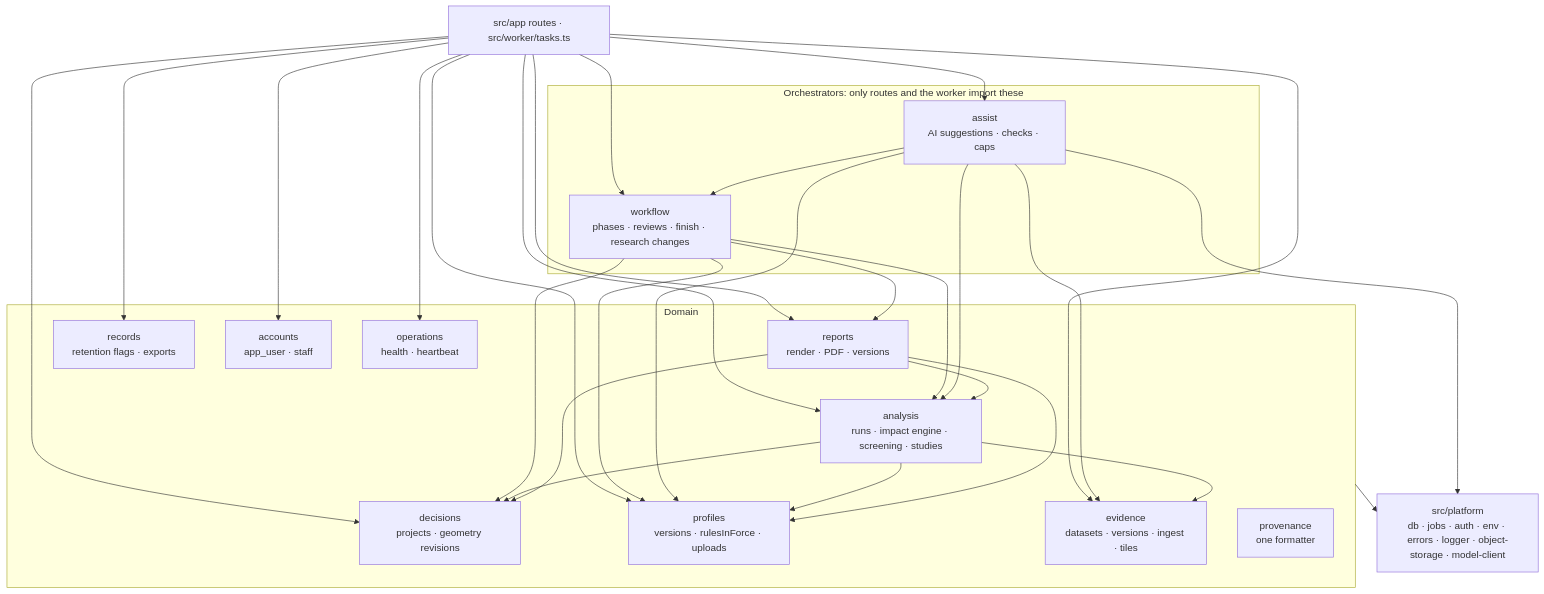
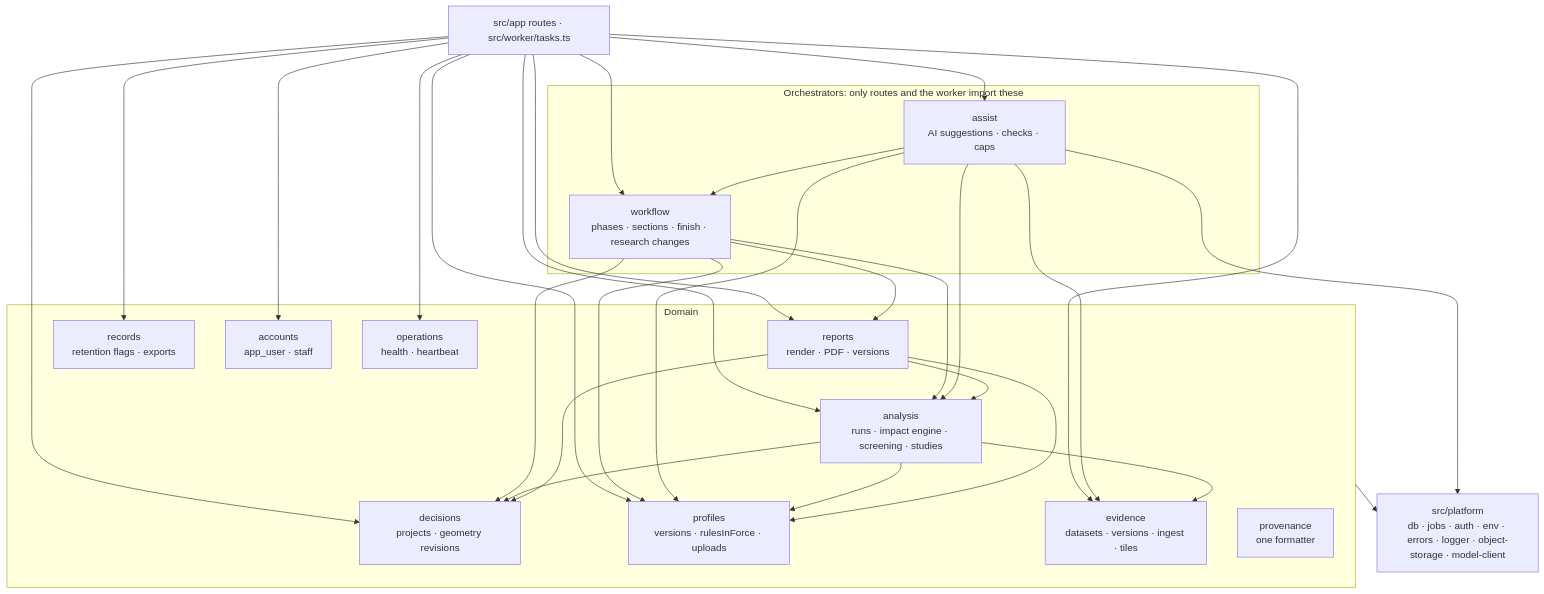
The second of 5 diagrams in TechDesign/technical-overview.md (Aru27-byte/UPlan), drawn with Mermaid before and after one commit. The commit also changed other lines of this file and 159 other files, not shown here.

````diff
--- a/TechDesign/technical-overview.md
+++ b/TechDesign/technical-overview.md
@@ -75,28 +75,28 @@
 ```mermaid
 flowchart TB
   R["src/app routes · src/worker/tasks.ts"]
   subgraph Orchestrators["Orchestrators: only routes and the worker import these"]
-    WF["workflow<br/>phases · reviews · finish · research changes"]
+    WF["workflow<br/>phases · sections · finish · research changes"]
     AS["assist<br/>AI suggestions · checks · caps"]
   end
   subgraph Domain
     AN["analysis<br/>runs · impact engine · screening · studies"]
     RP["reports<br/>render · PDF · versions"]
     DE["decisions<br/>projects · geometry revisions"]
     PR["profiles<br/>versions · rulesInForce · uploads"]
     EV["evidence<br/>datasets · versions · ingest · tiles"]
     RC["records<br/>retention flags · exports"]
     AC["accounts<br/>app_user · staff"]
     OP["operations<br/>health · heartbeat"]
     PV["provenance<br/>one formatter"]
   end
   PL["src/platform<br/>db · jobs · auth · env · errors · logger · object-storage · model-client"]
 
   R --> WF & AS & AN & RP & DE & PR & EV & RC & AC & OP
   WF --> AN & RP & DE & PR
   AS --> AN & WF & PR & EV
   AN --> DE & PR & EV
   RP --> AN & DE & PR
   Domain --> PL
   AS --> PL
 ```
````
